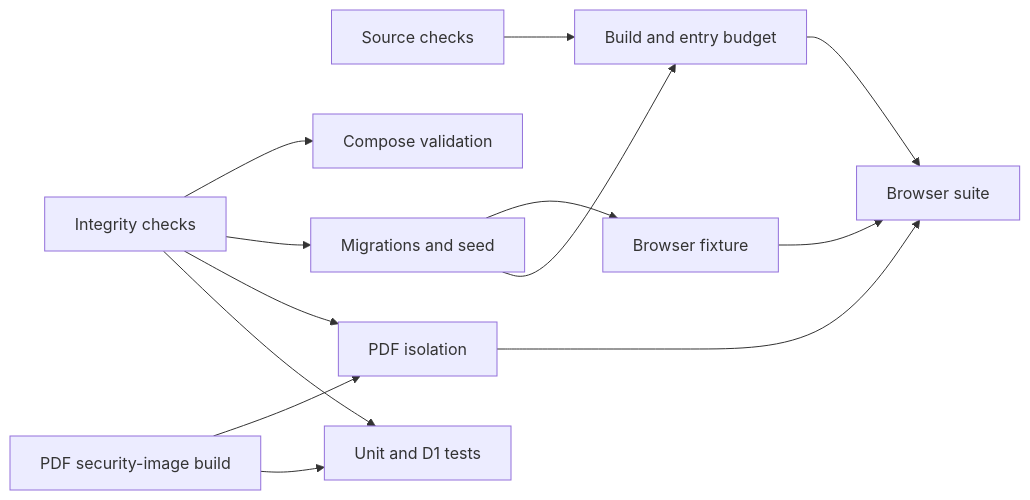
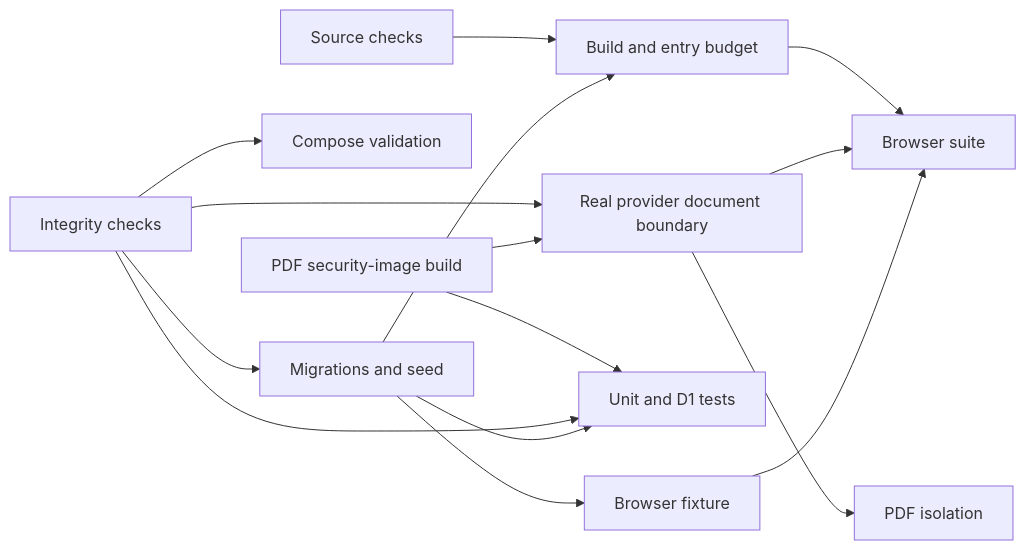
One commit to cyyapye/keel-fi changed the diagram in docs/engineering/ci-performance.md. Above: the diagram before and after it, drawn with Mermaid. The commit also changed other lines of this file and 9 other files, not shown here.

Commit message:
Isolate the real provider PDF boundary from application browser startup

````diff
--- a/docs/engineering/ci-performance.md
+++ b/docs/engineering/ci-performance.md
@@ -95,15 +95,17 @@
 ```mermaid
 flowchart LR
   source[Source checks] --> build[Build and entry budget]
   integrity[Integrity checks] --> compose[Compose validation]
   integrity --> migrations[Migrations and seed]
-  integrity --> pdf[PDF isolation]
-  pdfBuild[PDF security-image build] --> pdf
+  integrity --> provider[Real provider document boundary]
+  pdfBuild[PDF security-image build] --> provider
+  provider --> pdf[PDF isolation]
   pdfBuild --> unit[Unit and D1 tests]
   integrity --> unit
+  migrations --> unit
   migrations --> browserFixture[Browser fixture]
   migrations --> build
   build --> browser[Browser suite]
-  pdf --> browser
+  provider --> browser
   browserFixture --> browser
 ```
````
